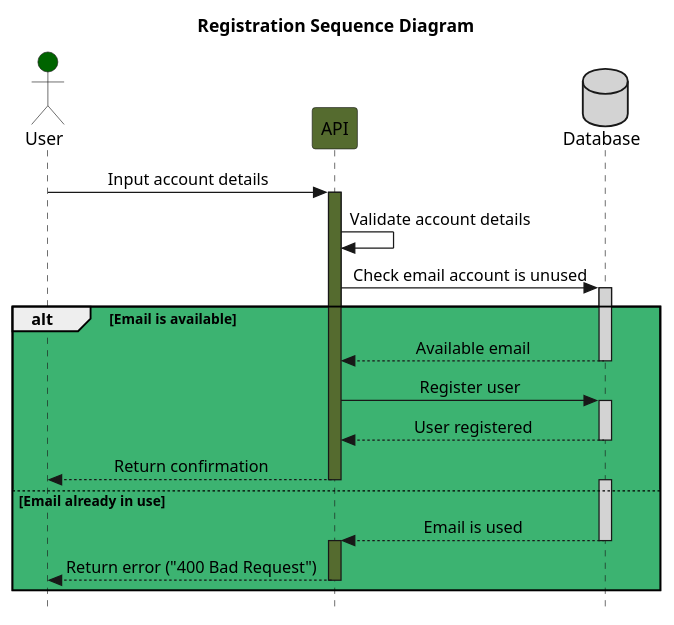
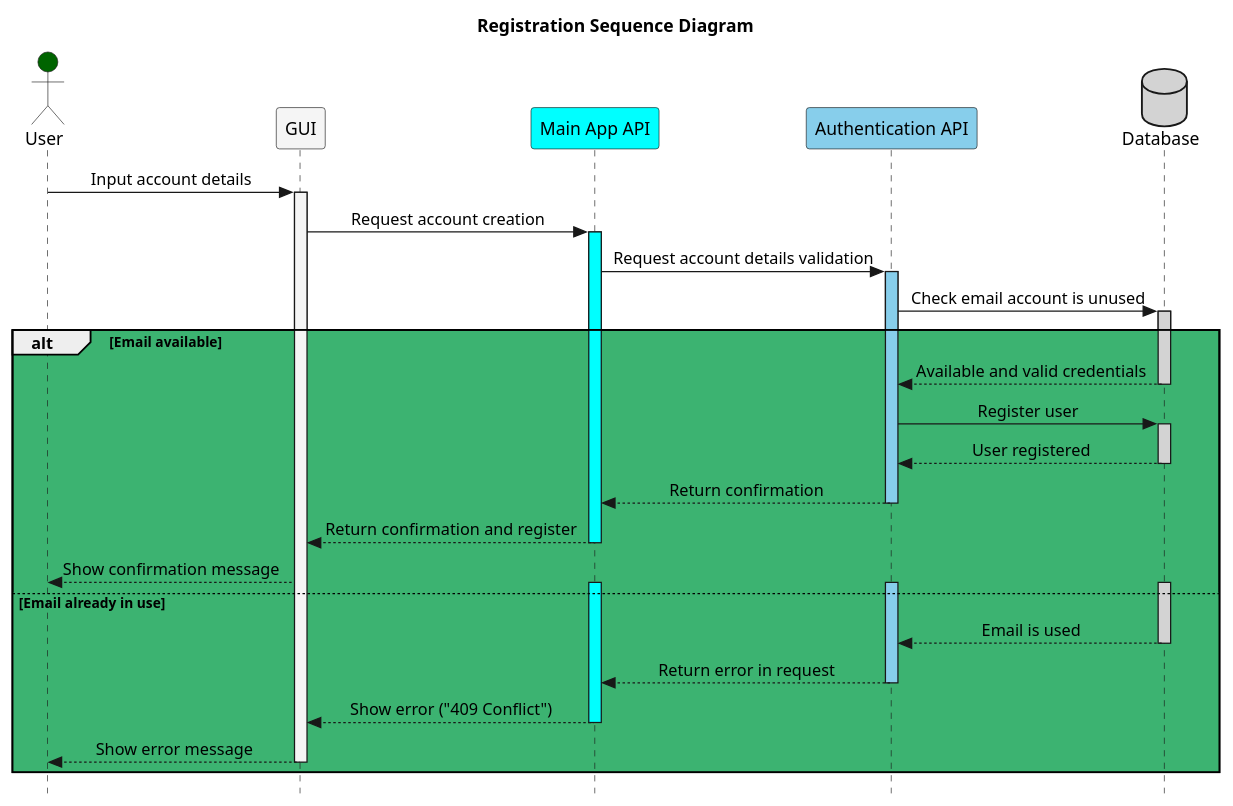
Before and after one commit to Arquisoft/wichat_en1a: the diagram in docs/src/diagrams/Sequence_diagram_Registration.puml, drawn with PlantUML. The commit also changed 7 other files, not shown here.

```diff
--- a/docs/src/diagrams/Sequence_diagram_Registration.puml
+++ b/docs/src/diagrams/Sequence_diagram_Registration.puml
@@ -1,33 +1,46 @@
 @startuml register
 title Registration Sequence Diagram
 
 actor User #DarkGreen
-participant API as "API" #DarkOliveGreen
+participant GUI as "GUI" #WhiteSmoke
+participant mainAPI as "Main App API" #Aqua
+participant authAPI as "Authentication API" #SkyBlue
 database DB as "Database" #LightGray
 
 skinparam Style strictuml
 skinparam SequenceMessageAlignment center
 
-User -> API : Input account details
-activate API #DarkOliveGreen
-API -> API : Validate account details
-API -> DB : Check email account is unused
-alt #MediumSeaGreen Email is available
+User -> GUI : Input account details
+activate GUI #WhiteSmoke
+GUI -> mainAPI : Request account creation
+activate mainAPI #Aqua
+mainAPI -> authAPI : Request account details validation
+activate authAPI #SkyBlue
+authAPI -> DB : Check email account is unused
+activate DB #LightGray
+alt #MediumSeaGreen Email available
+    DB --> authAPI : Available and valid credentials
+    deactivate DB
+    authAPI -> DB : Register user
     activate DB #LightGray
-    DB --> API : Available email
+    DB --> authAPI : User registered
     deactivate DB
-    API -> DB : Register user
-    activate DB #LightGray
-    DB --> API : User registered
-    deactivate DB
-    API --> User : Return confirmation
-    deactivate API
+    authAPI --> mainAPI : Return confirmation
+    deactivate authAPI
+    mainAPI --> GUI : Return confirmation and register
+    deactivate mainAPI
+    GUI --> User : Show confirmation message
 else Email already in use
     activate DB #LightGray
-    DB --> API : Email is used
+    activate authAPI #SkyBlue
+    activate mainAPI #Aqua
+    DB --> authAPI : Email is used
     deactivate DB
-    activate API #DarkOliveGreen
-    API --> User : Return error ("400 Bad Request")
-    deactivate API
+    authAPI --> mainAPI : Return error in request
+    deactivate authAPI
+    mainAPI --> GUI : Show error ("409 Conflict")
+    deactivate mainAPI
+    GUI --> User : Show error message
+    deactivate GUI
 end
 @enduml
```
